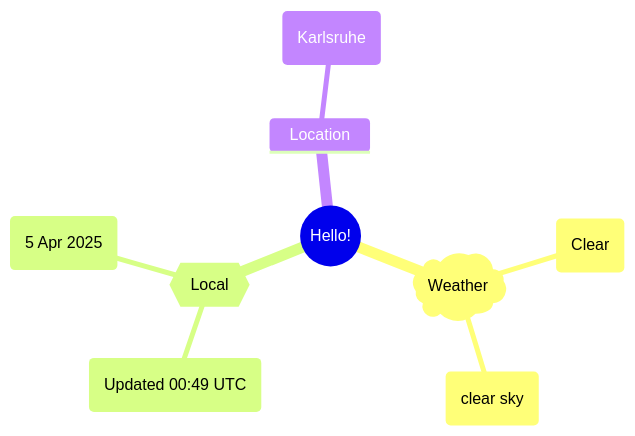
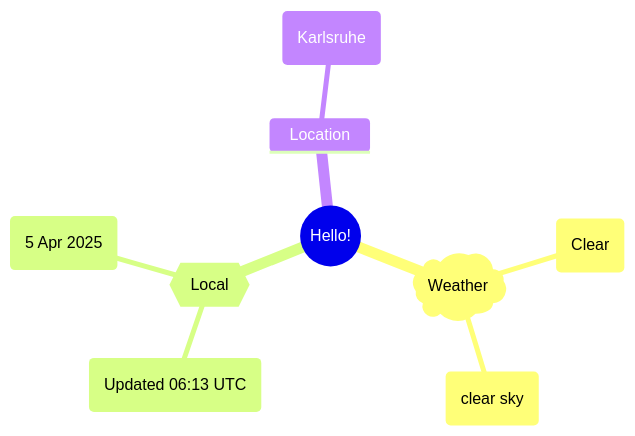
One commit to Xosrov/Xosrov changed the first of 2 diagrams in README.md. Above: the diagram before and after it, drawn with Mermaid.

Commit message:
[bot] updated images

````diff
--- a/README.md
+++ b/README.md
@@ -3,12 +3,12 @@
 ```mermaid
 mindmap
   root((Hello!))
     )Weather(
         (Clear)
         (clear sky)
     {{Local}}
-        (Updated 00:49 UTC)
+        (Updated 06:13 UTC)
         (5 Apr 2025)
     Location
         (Karlsruhe)
 ```
````
